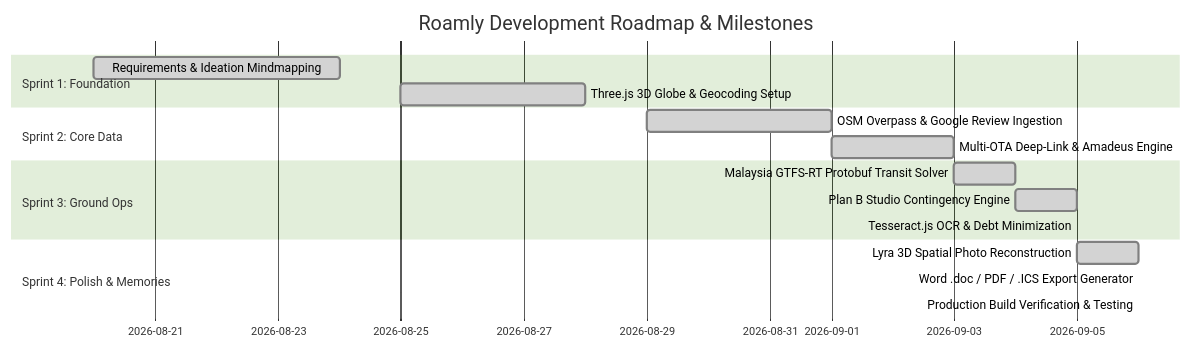
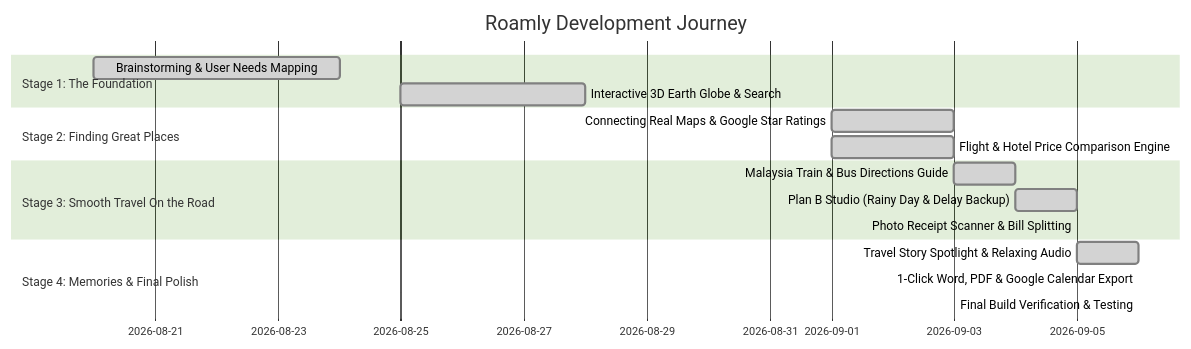
The tenth of 15 diagrams in README.md (sharonxinn/Plan_Trip), drawn with Mermaid (forest theme) before and after one commit. The commit also changed other lines of this file and 21 other files, not shown here.

````diff
--- a/README.md
+++ b/README.md
@@ -524,19 +529,19 @@
 ```mermaid
 gantt
-    title Roamly Development Roadmap & Milestones
+    title Roamly Development Journey
     dateFormat  YYYY-MM-DD
-    section Sprint 1: Foundation
-    Requirements & Ideation Mindmapping       :done, 2026-08-20, 2026-08-24
-    Three.js 3D Globe & Geocoding Setup      :done, 2026-08-25, 2026-08-28
-    section Sprint 2: Core Data
-    OSM Overpass & Google Review Ingestion   :done, 2026-08-29, 2026-09-01
-    Multi-OTA Deep-Link & Amadeus Engine     :done, 2026-09-01, 2026-09-03
-    section Sprint 3: Ground Ops
-    Malaysia GTFS-RT Protobuf Transit Solver :done, 2026-09-03, 2026-09-04
-    Plan B Studio Contingency Engine         :done, 2026-09-04, 2026-09-05
-    Tesseract.js OCR & Debt Minimization     :done, 2026-09-05, 2026-09-05
-    section Sprint 4: Polish & Memories
-    Lyra 3D Spatial Photo Reconstruction     :done, 2026-09-05, 2026-09-06
-    Word .doc / PDF / .ICS Export Generator  :done, 2026-09-06, 2026-09-06
-    Production Build Verification & Testing  :done, 2026-09-06, 2026-09-06
+    section Stage 1: The Foundation
+    Brainstorming & User Needs Mapping        :done, 2026-08-20, 2026-08-24
+    Interactive 3D Earth Globe & Search       :done, 2026-08-25, 2026-08-28
+    section Stage 2: Finding Great Places
+    Connecting Real Maps & Google Star Ratings:done, 2026-09-01, 2026-09-03
+    Flight & Hotel Price Comparison Engine    :done, 2026-09-01, 2026-09-03
+    section Stage 3: Smooth Travel On the Road
+    Malaysia Train & Bus Directions Guide     :done, 2026-09-03, 2026-09-04
+    Plan B Studio (Rainy Day & Delay Backup)  :done, 2026-09-04, 2026-09-05
+    Photo Receipt Scanner & Bill Splitting    :done, 2026-09-05, 2026-09-05
+    section Stage 4: Memories & Final Polish
+    Travel Story Spotlight & Relaxing Audio   :done, 2026-09-05, 2026-09-06
+    1-Click Word, PDF & Google Calendar Export:done, 2026-09-06, 2026-09-06
+    Final Build Verification & Testing        :done, 2026-09-06, 2026-09-06
 ```
````
